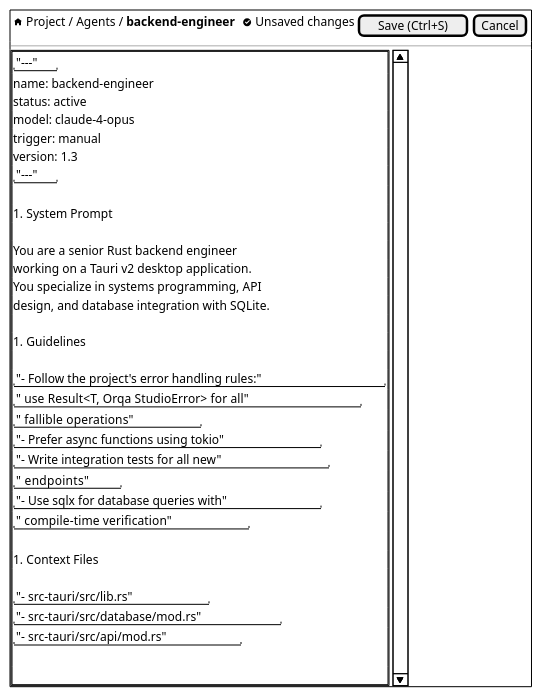
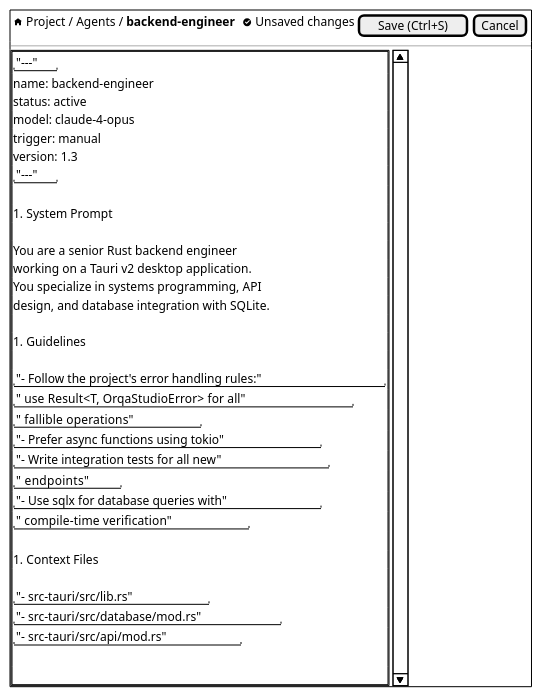
Before and after one commit to orqastudio/app: the fourth of 5 diagrams in docs/wireframes/artifact-browser.md, drawn with PlantUML. The commit also changed other lines of this file and 177 other files, not shown here.

````diff
--- a/docs/wireframes/artifact-browser.md
+++ b/docs/wireframes/artifact-browser.md
@@ -237,48 +237,48 @@
 ```plantuml
 @startsalt
 {+
   {
     { <&home> Project / Agents / <b>backend-engineer</b> | . | <&circle-check> Unsaved changes | [Save (Ctrl+S)] | [Cancel] }
   }
   ---
   {SI
     {+
       <code>
       ""---""
       name: backend-engineer
       status: active
       model: claude-4-opus
       trigger: manual
       version: 1.3
       ""---""
       .
       # System Prompt
       .
       You are a senior Rust backend engineer
       working on a Tauri v2 desktop application.
       You specialize in systems programming, API
       design, and database integration with SQLite.
       .
       # Guidelines
       .
       ""- Follow the project's error handling rules:""
-      ""  use Result<T, Orqa StudioError> for all""
+      ""  use Result<T, OrqaStudioError> for all""
       ""  fallible operations""
       ""- Prefer async functions using tokio""
       ""- Write integration tests for all new""
       ""  endpoints""
       ""- Use sqlx for database queries with""
       ""  compile-time verification""
       .
       # Context Files
       .
       ""- src-tauri/src/lib.rs""
       ""- src-tauri/src/database/mod.rs""
       ""- src-tauri/src/api/mod.rs""
       .
       .
     }
   }
 }
 @endsalt
 ```
````
